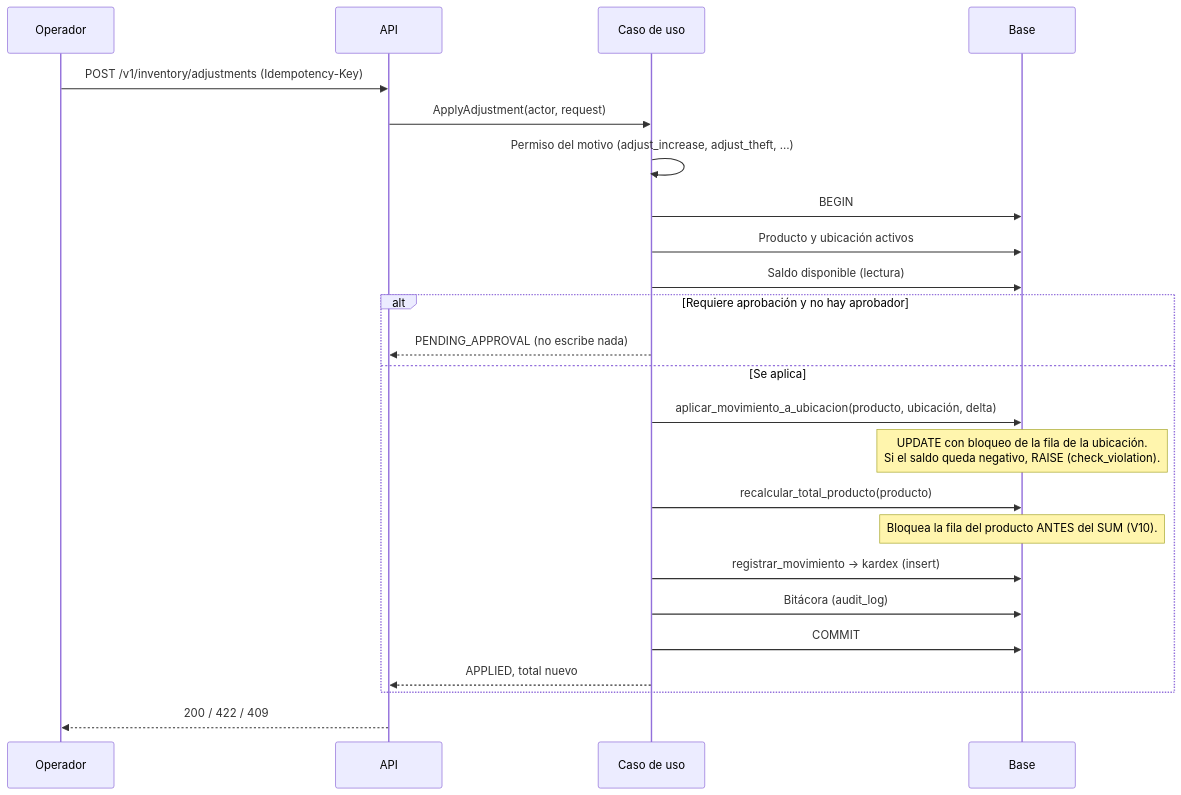
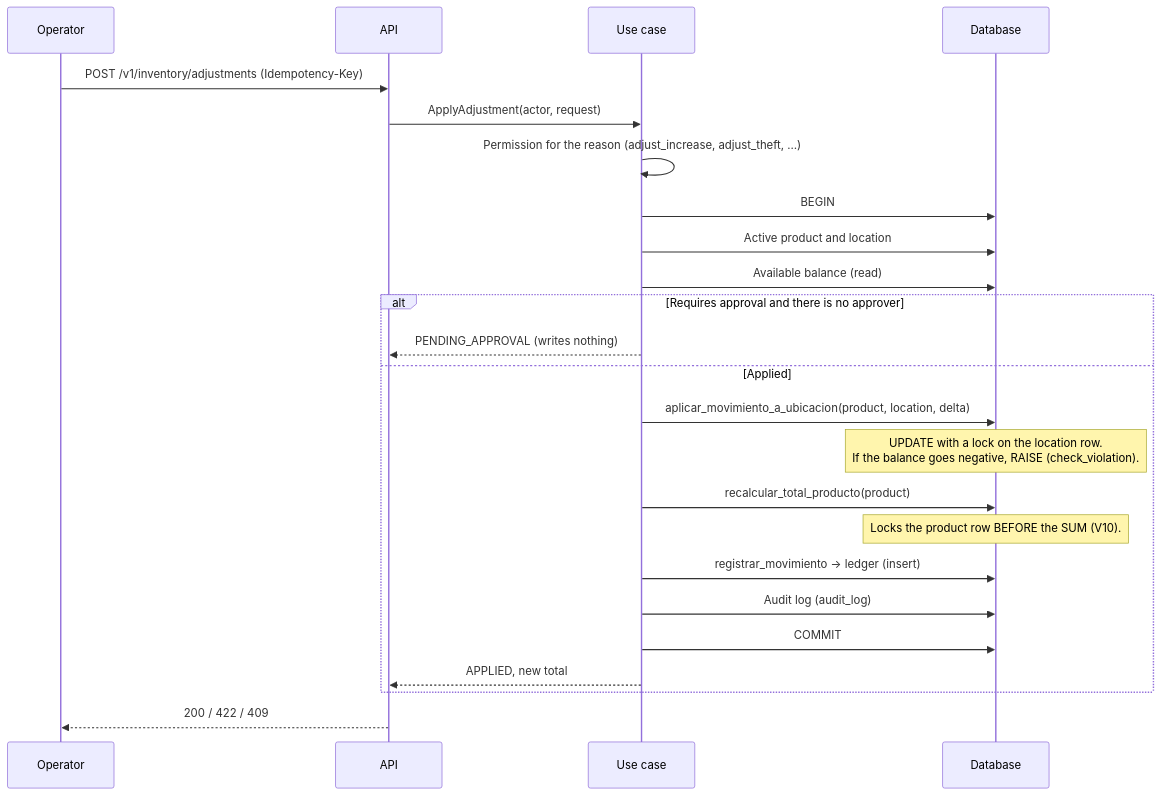
Before and after one commit to maag070208/AXZY_STOCK_FLOW: the first of 2 diagrams in docs/flujos/existencias-y-ajustes.md, drawn with Mermaid. The commit also changed other lines of this file and 31 other files, not shown here.

````diff
--- a/docs/flujos/existencias-y-ajustes.md
+++ b/docs/flujos/existencias-y-ajustes.md
@@ -38,27 +38,27 @@
 ```mermaid
 sequenceDiagram
-    participant Op as Operador
+    participant Op as Operator
     participant API
-    participant UC as Caso de uso
-    participant DB as Base
+    participant UC as Use case
+    participant DB as Database
 
     Op->>API: POST /v1/inventory/adjustments (Idempotency-Key)
     API->>UC: ApplyAdjustment(actor, request)
-    UC->>UC: Permiso del motivo (adjust_increase, adjust_theft, …)
+    UC->>UC: Permission for the reason (adjust_increase, adjust_theft, …)
     UC->>DB: BEGIN
-    UC->>DB: Producto y ubicación activos
-    UC->>DB: Saldo disponible (lectura)
-    alt Requiere aprobación y no hay aprobador
-        UC-->>API: PENDING_APPROVAL (no escribe nada)
-    else Se aplica
-        UC->>DB: aplicar_movimiento_a_ubicacion(producto, ubicación, delta)
-        Note over DB: UPDATE con bloqueo de la fila de la ubicación.<br/>Si el saldo queda negativo, RAISE (check_violation).
-        UC->>DB: recalcular_total_producto(producto)
-        Note over DB: Bloquea la fila del producto ANTES del SUM (V10).
-        UC->>DB: registrar_movimiento → kardex (insert)
-        UC->>DB: Bitácora (audit_log)
+    UC->>DB: Active product and location
+    UC->>DB: Available balance (read)
+    alt Requires approval and there is no approver
+        UC-->>API: PENDING_APPROVAL (writes nothing)
+    else Applied
+        UC->>DB: aplicar_movimiento_a_ubicacion(product, location, delta)
+        Note over DB: UPDATE with a lock on the location row.<br/>If the balance goes negative, RAISE (check_violation).
+        UC->>DB: recalcular_total_producto(product)
+        Note over DB: Locks the product row BEFORE the SUM (V10).
+        UC->>DB: registrar_movimiento → ledger (insert)
+        UC->>DB: Audit log (audit_log)
         UC->>DB: COMMIT
-        UC-->>API: APPLIED, total nuevo
+        UC-->>API: APPLIED, new total
     end
     API-->>Op: 200 / 422 / 409
 ```
````
